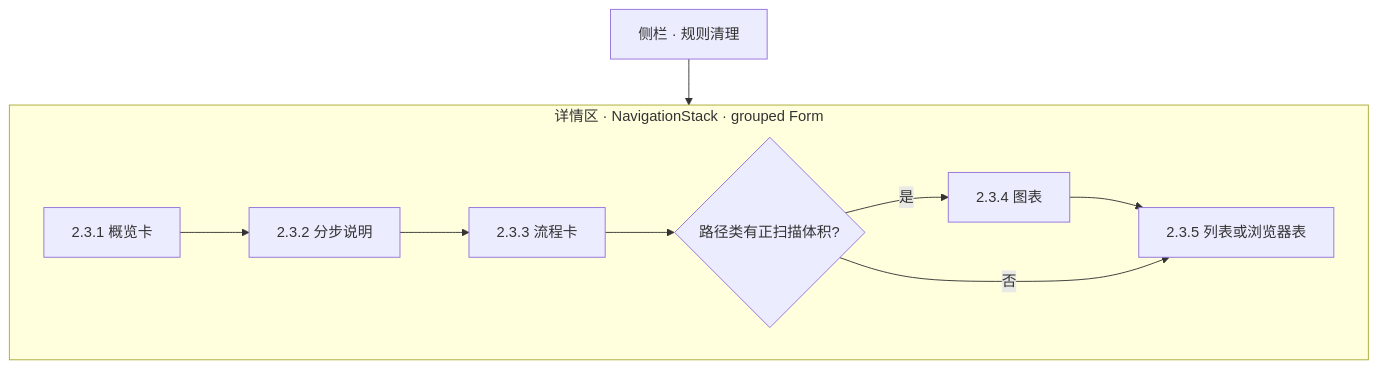
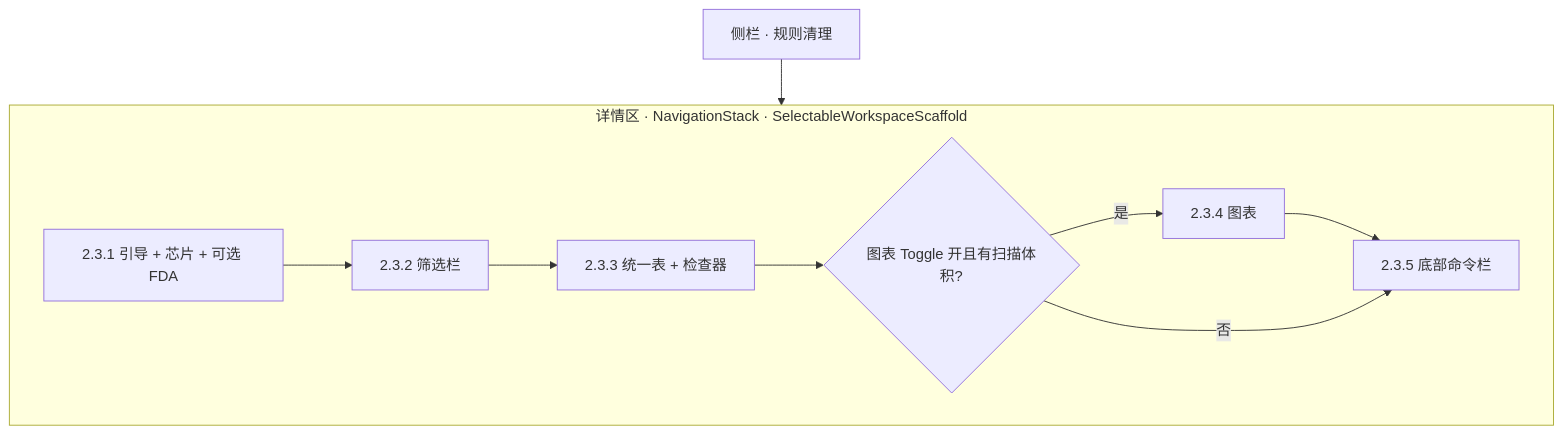
The first of 2 diagrams in .spec/rfc/completed/010-rules-workspace-ui-hig-and-collaboration.md (luban-ws/jiuying-cleaning), drawn with Mermaid before and after one commit. The commit also changed other lines of this file and 8 other files, not shown here.

````diff
--- a/.spec/rfc/completed/010-rules-workspace-ui-hig-and-collaboration.md
+++ b/.spec/rfc/completed/010-rules-workspace-ui-hig-and-collaboration.md
@@ -211,15 +235,15 @@
 ```mermaid
 flowchart TD
-  subgraph Detail["详情区 · NavigationStack · grouped Form"]
-    O[2.3.1 概览卡]
-    F[2.3.2 分步说明]
-    W[2.3.3 流程卡]
-    C{路径类有正扫描体积?}
+  subgraph Detail["详情区 · NavigationStack · SelectableWorkspaceScaffold"]
+    H[2.3.1 引导 + 芯片 + 可选 FDA]
+    F[2.3.2 筛选栏]
+    T[2.3.3 统一表 + 检查器]
+    C{图表 Toggle 开且有扫描体积?}
     G[2.3.4 图表]
-    L[2.3.5 列表或浏览器表]
-    O --> F --> W --> C
-    C -->|是| G --> L
-    C -->|否| L
+    B[2.3.5 底部命令栏]
+    H --> F --> T --> C
+    C -->|是| G --> B
+    C -->|否| B
   end
   S[侧栏 · 规则清理] --> Detail
 ```
````
